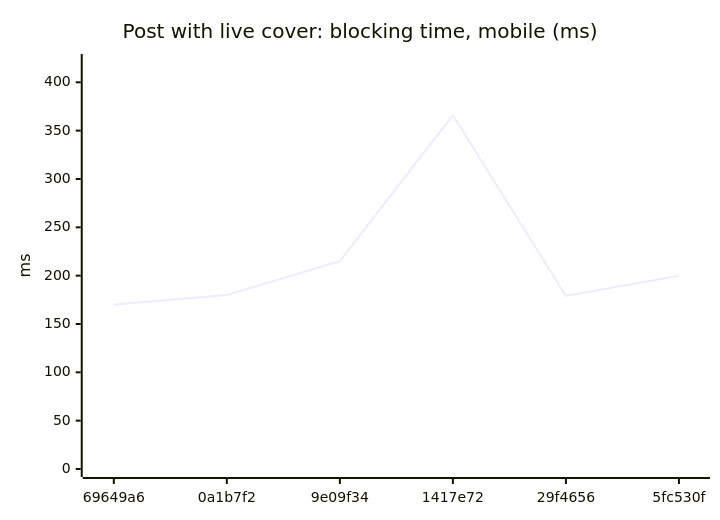
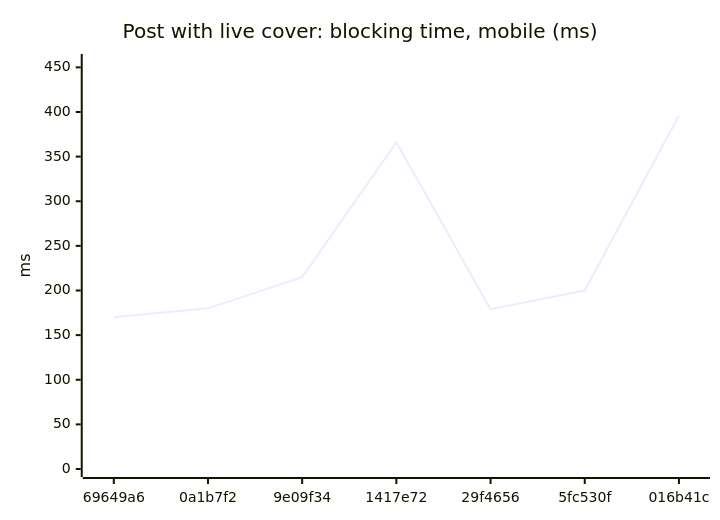
One commit to AxelUser/maltsev.space changed diagram 14 of 18 in README.md. Above: the diagram before and after it, drawn with Mermaid. The commit also changed other lines of this file and 1 other file, not shown here.

````diff
--- a/README.md
+++ b/README.md
@@ -151,7 +151,7 @@
 ```mermaid
 xychart-beta
   title "Post with live cover: blocking time, mobile (ms)"
-  x-axis ["69649a6", "0a1b7f2", "9e09f34", "1417e72", "29f4656", "5fc530f"]
-  y-axis "ms" 0 --> 421
-  line [170, 180, 215, 366, 179, 200]
+  x-axis ["69649a6", "0a1b7f2", "9e09f34", "1417e72", "29f4656", "5fc530f", "016b41c"]
+  y-axis "ms" 0 --> 456
+  line [170, 180, 215, 366, 179, 200, 396]
 ```
````
